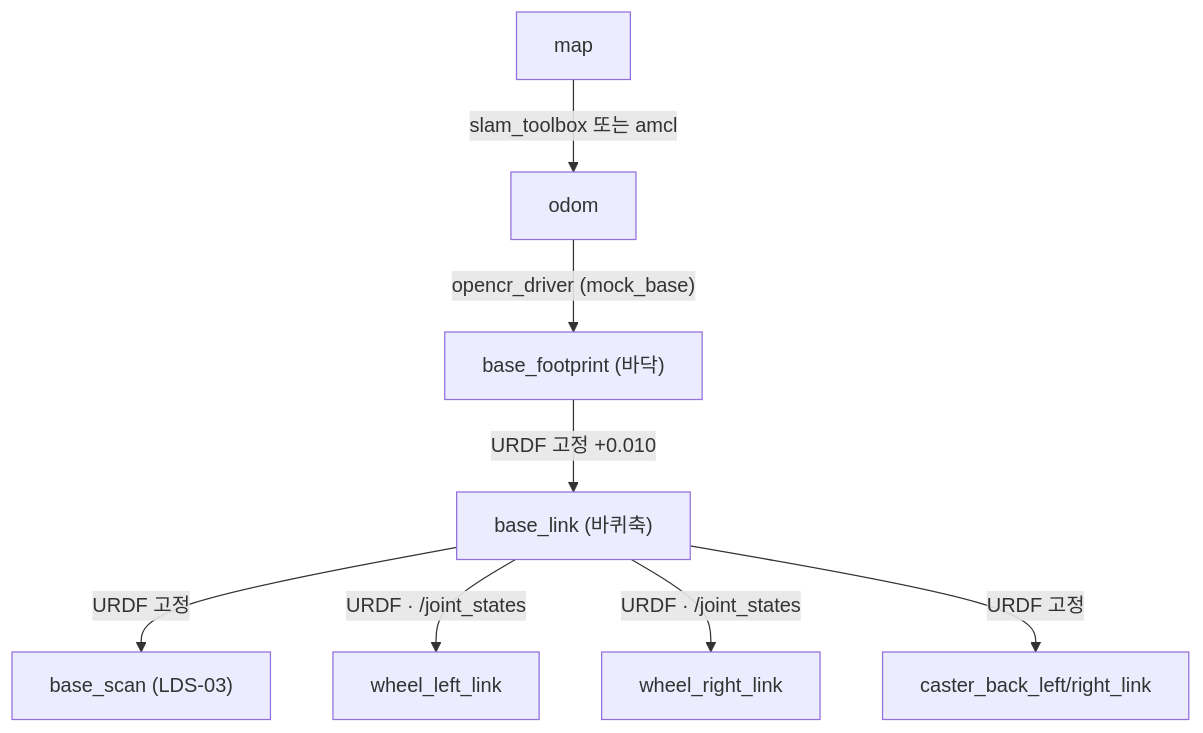
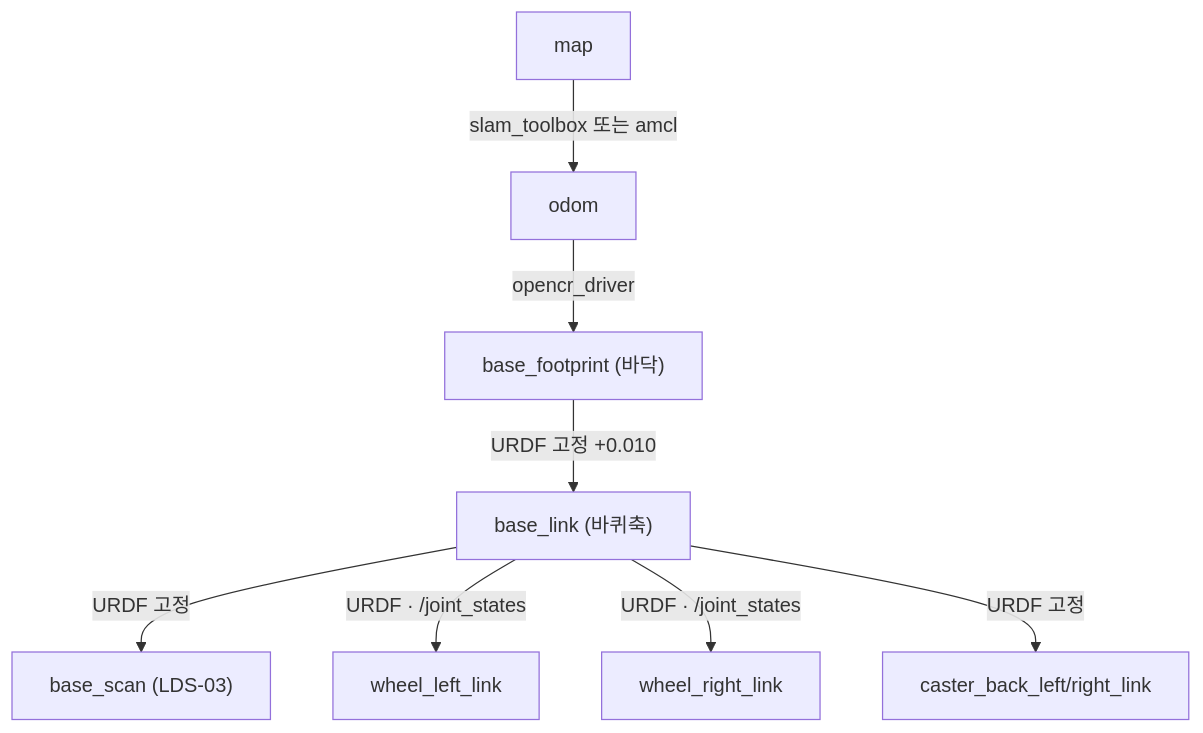
The third of 3 diagrams in ros2_ws/ARCH.md (visualkhh/ros2), drawn with Mermaid before and after one commit. The commit also changed other lines of this file and 24 other files, not shown here.

First line of the commit message:
control/operation state split, SLAM auto-mapping, remove mock_base

````diff
--- a/ros2_ws/ARCH.md
+++ b/ros2_ws/ARCH.md
@@ -102,10 +114,10 @@
 ```mermaid
 flowchart TD
   MAP["map"] -->|"slam_toolbox 또는 amcl"| ODOM["odom"]
-  ODOM -->|"opencr_driver (mock_base)"| FP["base_footprint (바닥)"]
+  ODOM -->|"opencr_driver"| FP["base_footprint (바닥)"]
   FP -->|"URDF 고정 +0.010"| BL["base_link (바퀴축)"]
   BL -->|"URDF 고정"| SCAN["base_scan (LDS-03)"]
   BL -->|"URDF · /joint_states"| WL["wheel_left_link"]
   BL -->|"URDF · /joint_states"| WR["wheel_right_link"]
   BL -->|"URDF 고정"| CA["caster_back_left/right_link"]
 ```
````
